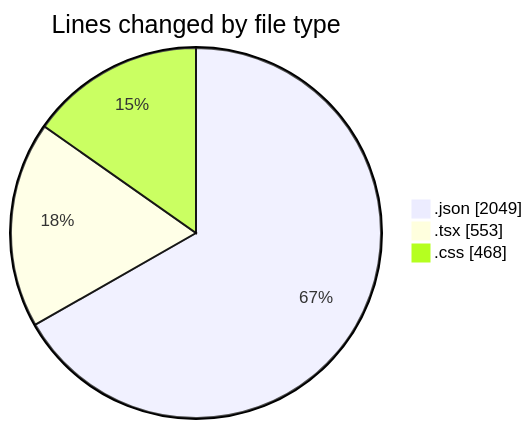
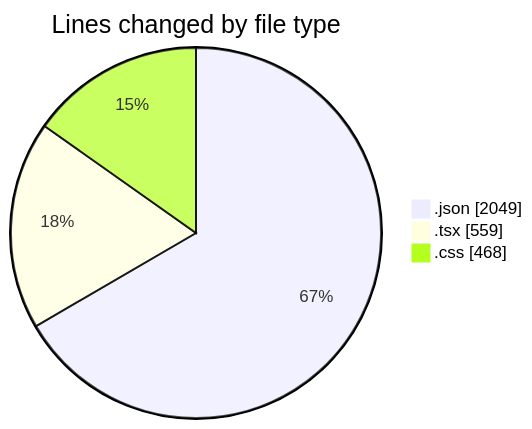
One commit to EIIisD/code-tracking changed the first of 2 diagrams in 2025-08-14/ribbon/README.md. Above: the diagram before and after it, drawn with Mermaid. The commit also changed other lines of this file and 1 other file, not shown here.

````diff
--- a/2025-08-14/ribbon/README.md
+++ b/2025-08-14/ribbon/README.md
@@ -27,7 +27,7 @@
 ```mermaid
 pie showData
 title Lines changed by file type
 ".json" : 2049
-".tsx" : 553
+".tsx" : 559
 ".css" : 468
 ```
````
